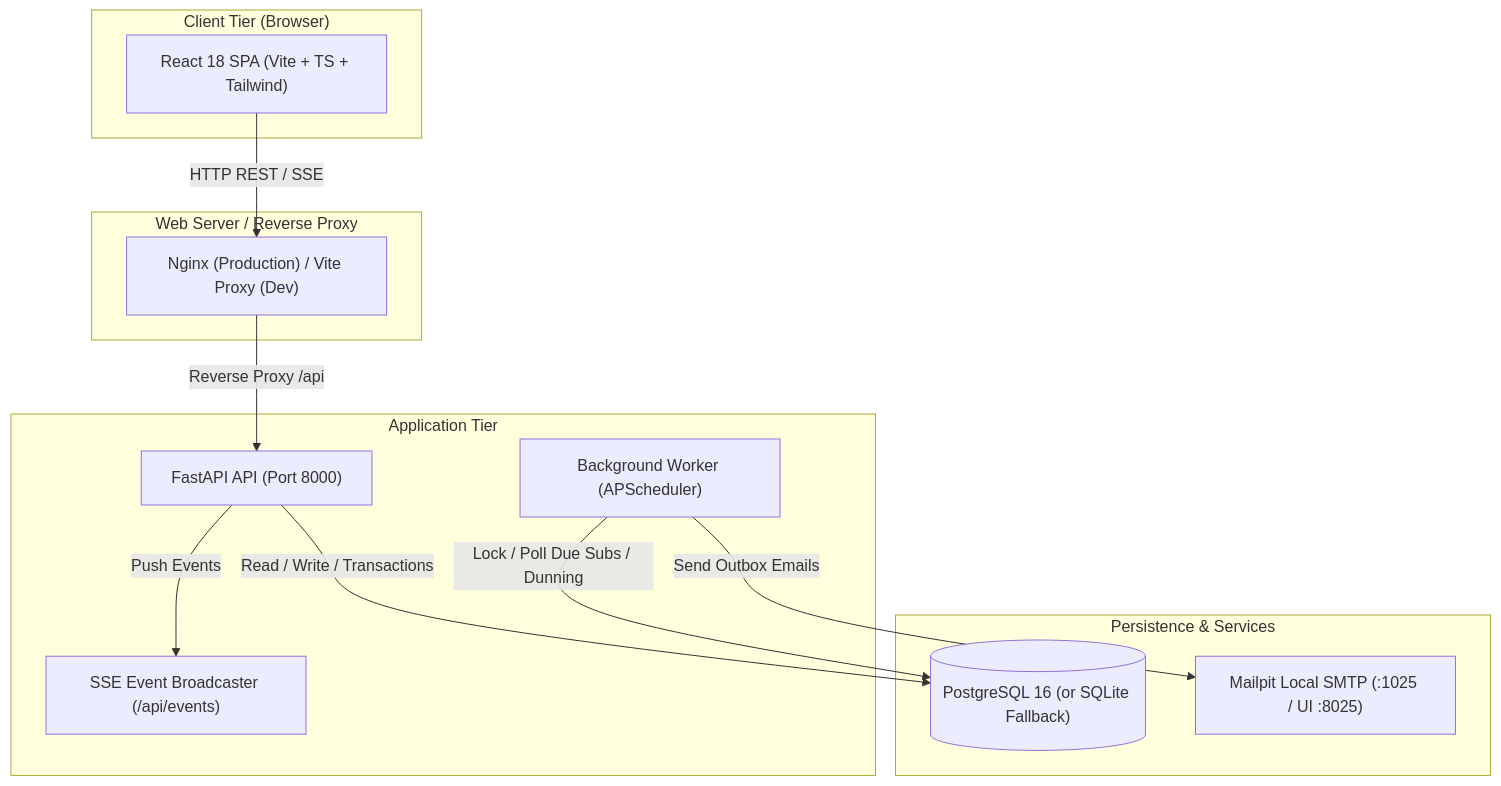
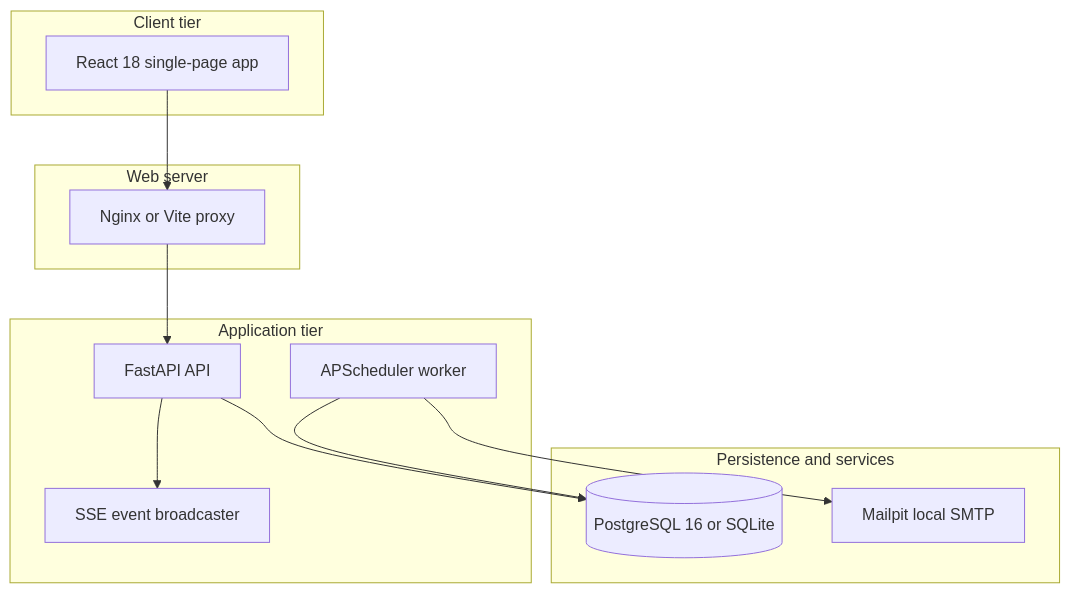
One commit to Harisankar005/orbitledger-subscription-ops changed the first of 3 diagrams in docs/ARCHITECTURE.md. Above: the diagram before and after it, drawn with Mermaid. The commit also changed other lines of this file and 6 other files, not shown here.

````diff
--- a/docs/ARCHITECTURE.md
+++ b/docs/ARCHITECTURE.md
@@ -5,28 +5,28 @@
 ```mermaid
 flowchart TD
-    subgraph Client["Client Tier (Browser)"]
-        SPA["React 18 SPA (Vite + TS + Tailwind)"]
+    subgraph Client [Client tier]
+        SPA["React 18 single-page app"]
     end
 
-    subgraph ReverseProxy["Web Server / Reverse Proxy"]
-        Nginx["Nginx (Production) / Vite Proxy (Dev)"]
+    subgraph ReverseProxy [Web server]
+        Nginx["Nginx or Vite proxy"]
     end
 
-    subgraph Backend["Application Tier"]
-        API["FastAPI API (Port 8000)"]
-        Worker["Background Worker (APScheduler)"]
-        SSE["SSE Event Broadcaster (/api/events)"]
+    subgraph Backend [Application tier]
+        API["FastAPI API"]
+        Worker["APScheduler worker"]
+        SSE["SSE event broadcaster"]
     end
 
-    subgraph Data["Persistence & Services"]
-        DB[("PostgreSQL 16 (or SQLite Fallback)")]
-        Mailpit["Mailpit Local SMTP (:1025 / UI :8025)"]
+    subgraph Data [Persistence and services]
+        DB[("PostgreSQL 16 or SQLite")]
+        Mailpit["Mailpit local SMTP"]
     end
 
-    SPA -->|HTTP REST / SSE| Nginx
-    Nginx -->|Reverse Proxy /api| API
-    API -->|Read / Write / Transactions| DB
-    API -->|Push Events| SSE
-    Worker -->|Lock / Poll Due Subs / Dunning| DB
-    Worker -->|Send Outbox Emails| Mailpit
+    SPA --> Nginx
+    Nginx --> API
+    API --> DB
+    API --> SSE
+    Worker --> DB
+    Worker --> Mailpit
 ```
````
